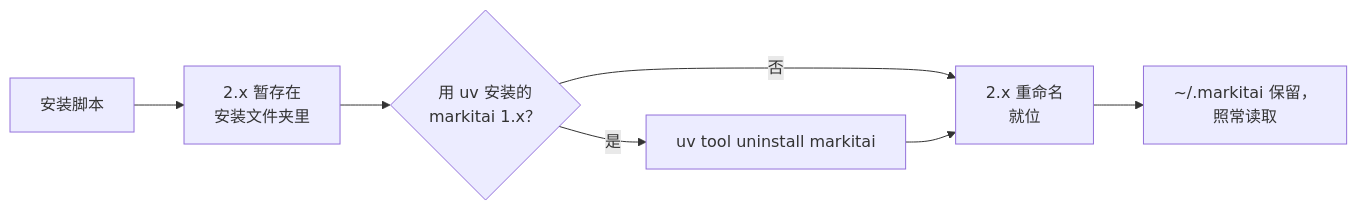
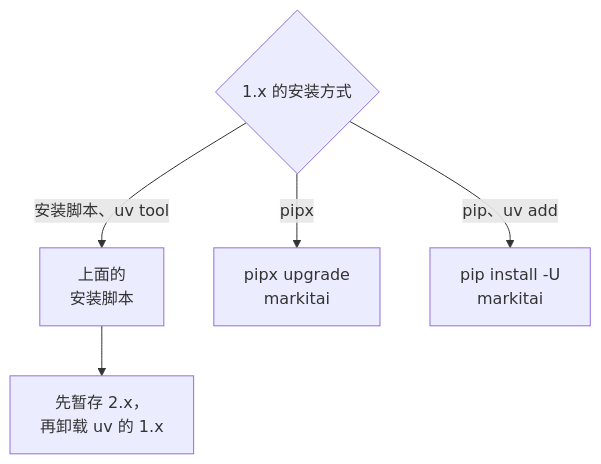
The diagram in website/zh/guide/upgrading.md (Ynewtime/markitai), drawn with Mermaid before and after one commit. The commit also changed other lines of this file and 3 other files, not shown here.

````diff
--- a/website/zh/guide/upgrading.md
+++ b/website/zh/guide/upgrading.md
@@ -11,9 +9,7 @@
 ```mermaid
-flowchart LR
-  S[安装脚本] --> N["2.x 暂存在<br/>安装文件夹里"]
-  N --> U{"用 uv 安装的<br/>markitai 1.x？"}
-  U -->|是| R["uv tool uninstall markitai"]
-  U -->|否| I
-  R --> I["2.x 重命名<br/>就位"]
-  I --> K["~/.markitai 保留，<br/>照常读取"]
+flowchart TD
+  A{"1.x 的安装方式"} -->|"安装脚本、uv tool"| S["上面的<br/>安装脚本"]
+  A -->|pipx| P["pipx upgrade<br/>markitai"]
+  A -->|"pip、uv add"| W["pip install -U<br/>markitai"]
+  S --> R["先暂存 2.x，<br/>再卸载 uv 的 1.x"]
 ```
````
